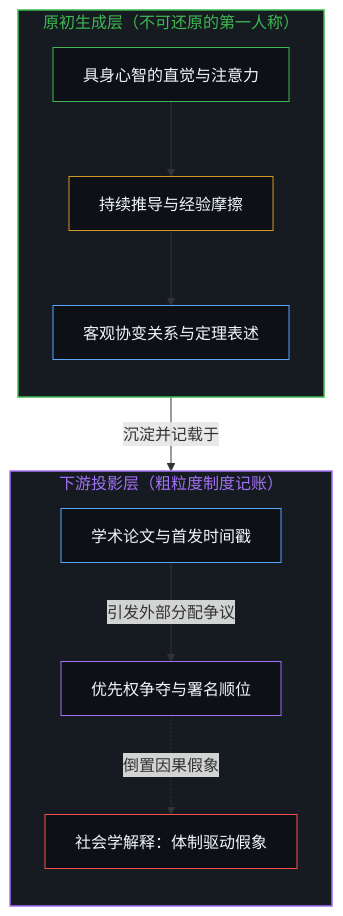
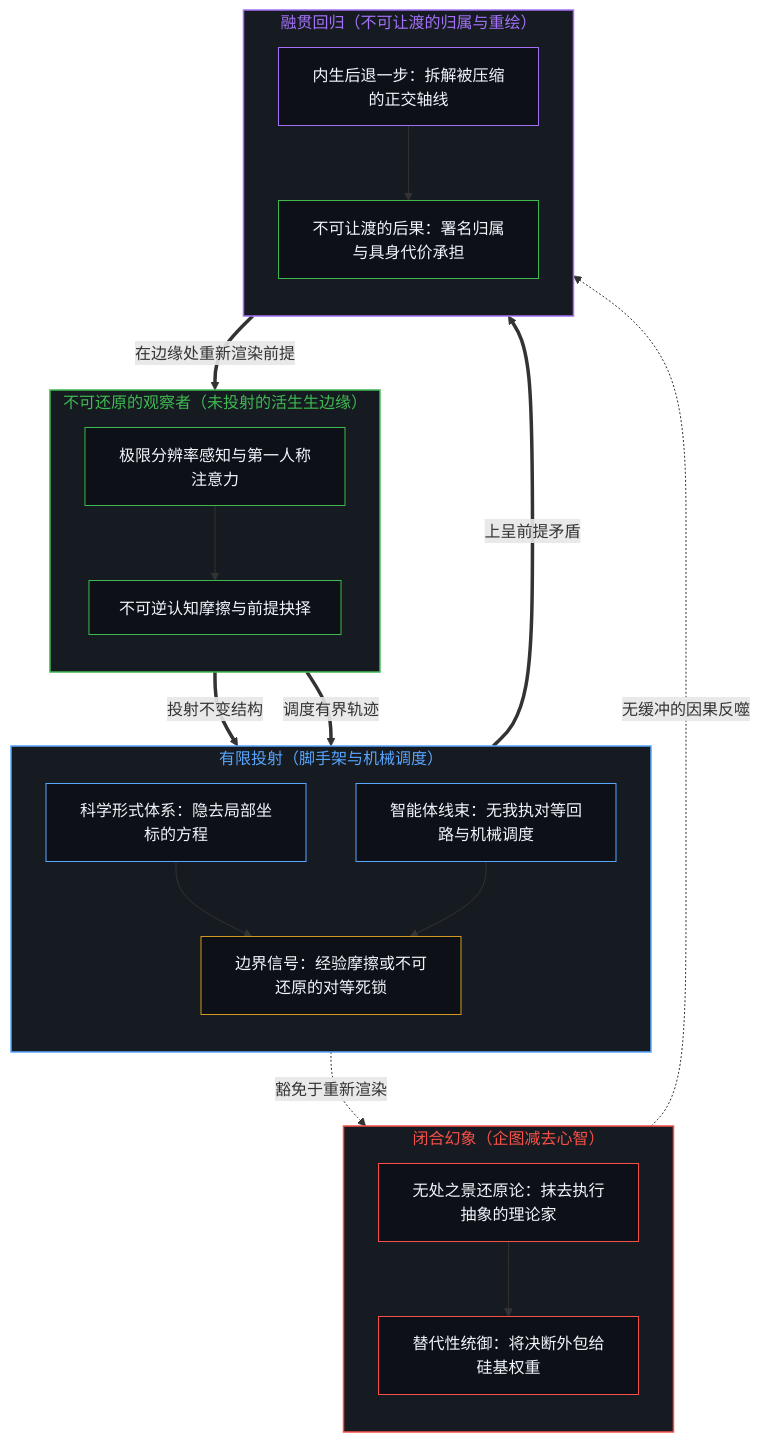
Before and after one commit to powerpig99/not-a-toe: the first of 2 diagrams in content/posts/the-irreducible-observer.md, drawn with Mermaid. The commit also changed other lines of this file and 3 other files, not shown here.

````diff
--- a/content/posts/the-irreducible-observer.md
+++ b/content/posts/the-irreducible-observer.md
@@ -17,29 +43,52 @@
 ```mermaid
 flowchart TD
-    subgraph S_Source ["原初生成层（不可还原的第一人称）"]
+    subgraph S_Origin ["不可还原的观察者（未投射的活生生边缘）"]
         direction TB
-        style S_Source fill:#161b22,stroke:#3fb950,stroke-width:1.5px,color:#3fb950
-        Mind["具身心智的直觉与注意力"]
-        Friction["持续推导与经验摩擦"]
-        Invariant["客观协变关系与定理表述"]
-        style Mind fill:#0d1117,stroke:#3fb950,stroke-width:1px,color:#f0f6fc
-        style Friction fill:#0d1117,stroke:#d29922,stroke-width:1px,color:#f0f6fc
-        style Invariant fill:#0d1117,stroke:#58a6ff,stroke-width:1px,color:#f0f6fc
+        style S_Origin fill:#161b22,stroke:#3fb950,stroke-width:1.5px,color:#3fb950
+        O_Sense["极限分辨率感知与第一人称注意力"]
+        O_Cut["不可逆认知摩擦与前提抉择"]
+        style O_Sense fill:#0d1117,stroke:#3fb950,stroke-width:1px,color:#f0f6fc
+        style O_Cut fill:#0d1117,stroke:#3fb950,stroke-width:1px,color:#f0f6fc
+        O_Sense --> O_Cut
     end
 
-    subgraph S_Apparatus ["下游投影层（粗粒度制度记账）"]
+    subgraph S_Proj ["有限投射（脚手架与机械调度）"]
         direction TB
-        style S_Apparatus fill:#161b22,stroke:#a371f7,stroke-width:1.5px,color:#a371f7
-        Papers["学术论文与首发时间戳"]
-        Disputes["优先权争夺与署名顺位"]
-        Sociology["社会学解释：体制驱动假象"]
-        style Papers fill:#0d1117,stroke:#58a6ff,stroke-width:1px,color:#f0f6fc
-        style Disputes fill:#0d1117,stroke:#a371f7,stroke-width:1px,color:#f0f6fc
-        style Sociology fill:#0d1117,stroke:#f85149,stroke-width:1px,color:#f0f6fc
+        style S_Proj fill:#161b22,stroke:#58a6ff,stroke-width:1.5px,color:#58a6ff
+        P_Theory["科学形式体系：隐去局部坐标的方程"]
+        P_Agent["智能体线束：无我执对等回路与机械调度"]
+        P_Signal["边界信号：经验摩擦或不可还原的对等死锁"]
+        style P_Theory fill:#0d1117,stroke:#58a6ff,stroke-width:1px,color:#f0f6fc
+        style P_Agent fill:#0d1117,stroke:#58a6ff,stroke-width:1px,color:#f0f6fc
+        style P_Signal fill:#0d1117,stroke:#d29922,stroke-width:1px,color:#f0f6fc
+        P_Theory --> P_Signal
+        P_Agent --> P_Signal
     end
 
-    Mind --> Friction --> Invariant
-    Invariant -->|"沉淀并记载于"| Papers
-    Papers -->|"引发外部分配争议"| Disputes
-    Disputes -.->|"倒置因果假象"| Sociology
+    subgraph S_Inversion ["闭合幻象（企图减去心智）"]
+        direction TB
+        style S_Inversion fill:#161b22,stroke:#f85149,stroke-width:1.5px,color:#f85149
+        I_Nowhere["无处之景还原论：抹去执行抽象的理论家"]
+        I_Oracle["替代性统御：将决断外包给硅基权重"]
+        style I_Nowhere fill:#0d1117,stroke:#f85149,stroke-width:1px,color:#f0f6fc
+        style I_Oracle fill:#0d1117,stroke:#f85149,stroke-width:1px,color:#f0f6fc
+        I_Nowhere --> I_Oracle
+    end
+
+    subgraph S_Return ["融贯回归（不可让渡的归属与重绘）"]
+        direction TB
+        style S_Return fill:#161b22,stroke:#a371f7,stroke-width:1.5px,color:#a371f7
+        R_Step["内生后退一步：拆解被压缩的正交轴线"]
+        R_Claim["不可让渡的后果：署名归属与具身代价承担"]
+        style R_Step fill:#0d1117,stroke:#a371f7,stroke-width:1px,color:#f0f6fc
+        style R_Claim fill:#0d1117,stroke:#3fb950,stroke-width:1px,color:#f0f6fc
+        R_Step --> R_Claim
+    end
+
+    O_Cut ==>|"投射不变结构"| P_Theory
+    O_Cut ==>|"调度有界轨迹"| P_Agent
+    P_Signal -.->|"豁免于重新渲染"| I_Nowhere
+    I_Oracle -.->|"无缓冲的因果反噬"| R_Claim
+    P_Signal ==>|"上呈前提矛盾"| R_Step
+    R_Claim ==>|"在边缘处重新渲染前提"| O_Sense
 ```
````
